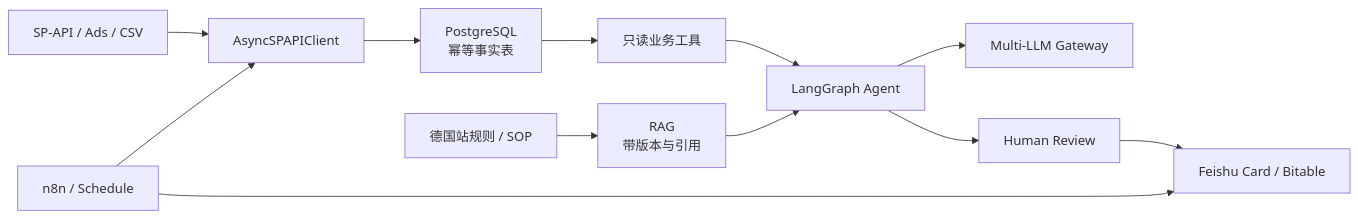
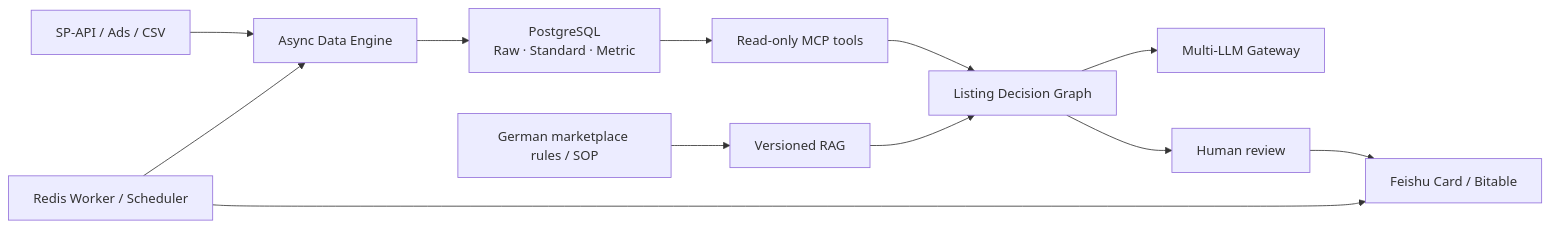
The diagram in README.md (binn-997/ecommerce-agent-learning), drawn with Mermaid before and after one commit. The commit also changed other lines of this file and 10 other files, not shown here.

````diff
--- a/README.md
+++ b/README.md
@@ -21,14 +20,14 @@
 ```mermaid
 flowchart LR
-  A["SP-API / Ads / CSV"] --> B["AsyncSPAPIClient"]
-  B --> C["PostgreSQL\n幂等事实表"]
-  C --> D["只读业务工具"]
-  E["德国站规则 / SOP"] --> F["RAG\n带版本与引用"]
-  D --> G["LangGraph Agent"]
+  A["SP-API / Ads / CSV"] --> B["Async Data Engine"]
+  B --> C["PostgreSQL\nRaw · Standard · Metric"]
+  C --> D["Read-only MCP tools"]
+  E["German marketplace rules / SOP"] --> F["Versioned RAG"]
+  D --> G["Listing Decision Graph"]
   F --> G
   G --> H["Multi-LLM Gateway"]
-  G --> I["Human Review"]
+  G --> I["Human review"]
   I --> J["Feishu Card / Bitable"]
-  K["n8n / Schedule"] --> B
+  K["Redis Worker / Scheduler"] --> B
   K --> J
 ```
````
